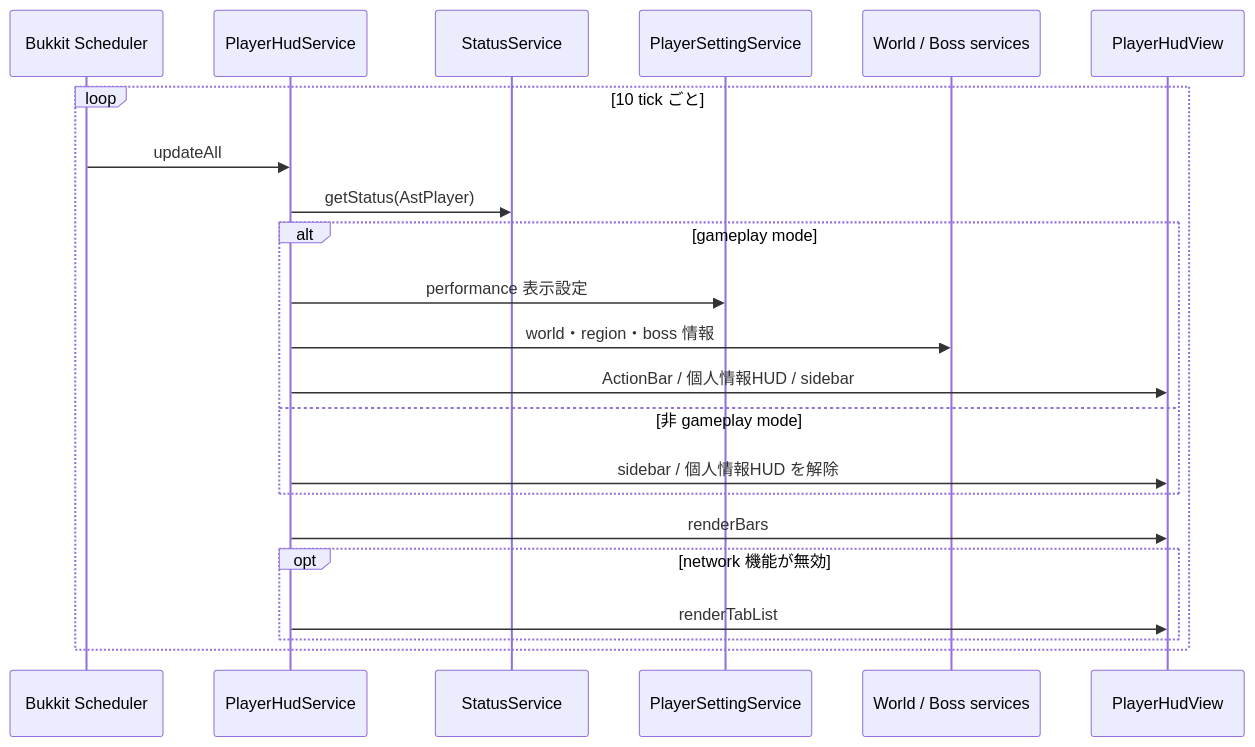
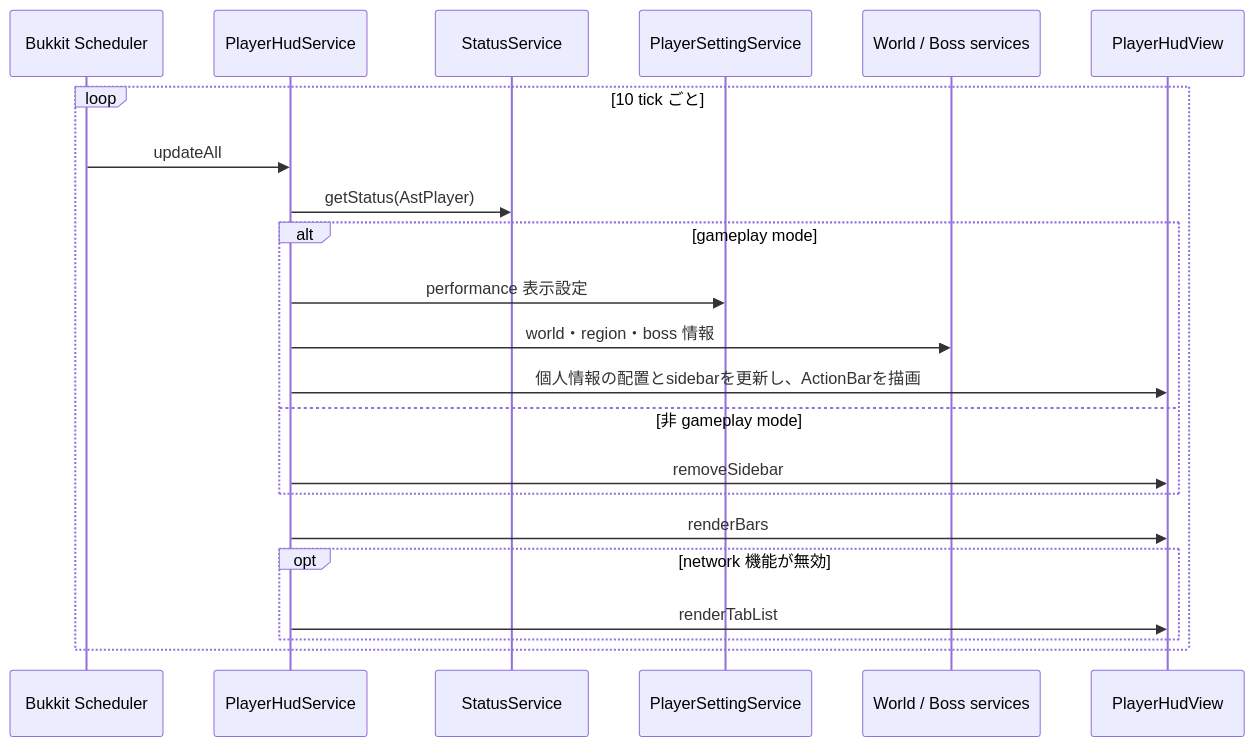
One commit to maaasu/AstralRecord-Workspace changed the first of 3 diagrams in 00_docs/10_Plugin設計書/feature/10-hud/10_4-統合フロー.md. Above: the diagram before and after it, drawn with Mermaid. The commit also changed 139 other files, not shown here.

````diff
--- a/00_docs/10_Plugin設計書/feature/10-hud/10_4-統合フロー.md
+++ b/00_docs/10_Plugin設計書/feature/10-hud/10_4-統合フロー.md
@@ -7,25 +7,25 @@
 ```mermaid
 sequenceDiagram
     participant Task as Bukkit Scheduler
     participant Hud as PlayerHudService
     participant Status as StatusService
     participant Setting as PlayerSettingService
     participant World as World / Boss services
     participant View as PlayerHudView
 
     loop 10 tick ごと
         Task->>Hud: updateAll
         Hud->>Status: getStatus(AstPlayer)
         alt gameplay mode
             Hud->>Setting: performance 表示設定
             Hud->>World: world・region・boss 情報
-            Hud->>View: ActionBar / 個人情報HUD / sidebar
+            Hud->>View: 個人情報の配置とsidebarを更新し、ActionBarを描画
         else 非 gameplay mode
-            Hud->>View: sidebar / 個人情報HUD を解除
+            Hud->>View: removeSidebar
         end
         Hud->>View: renderBars
         opt network 機能が無効
             Hud->>View: renderTabList
         end
     end
 ```
````
